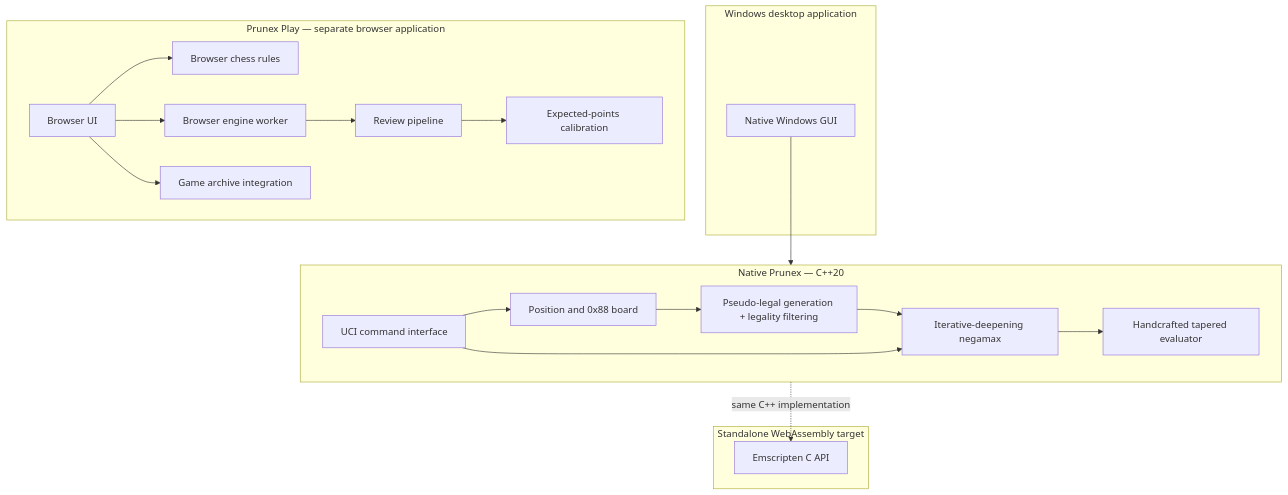
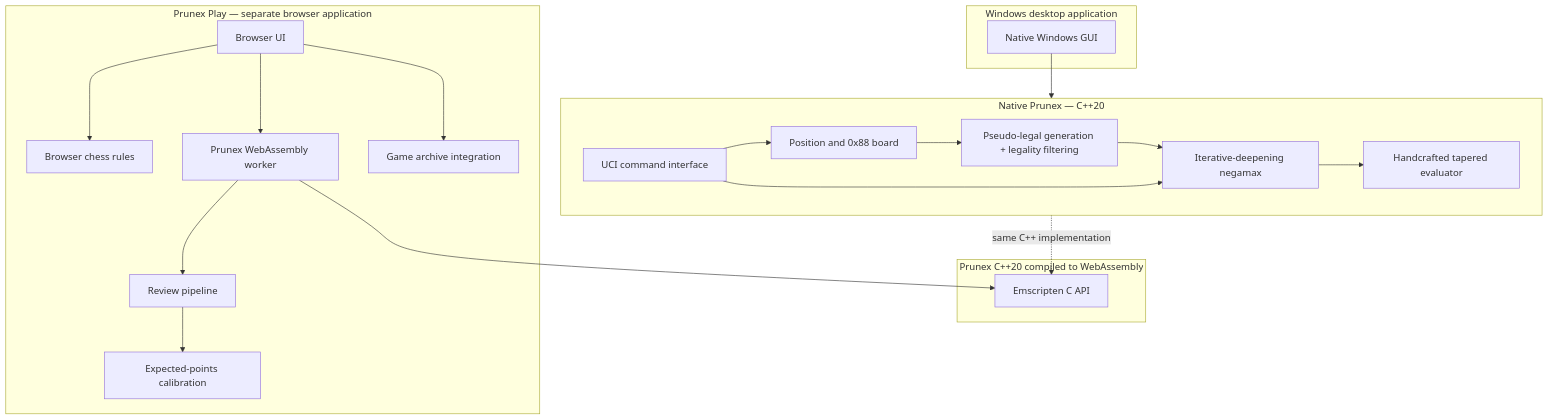
Before and after one commit to Mohamed-Mostafa-AE/Prunex: the first of 2 diagrams in docs/architecture.md, drawn with Mermaid. The commit also changed other lines of this file and 31 other files, not shown here.

First line of the commit message:
feat: use Prunex 0.8.0 WebAssembly in browser

````diff
--- a/docs/architecture.md
+++ b/docs/architecture.md
@@ -7,39 +7,40 @@
 ```mermaid
 flowchart TB
     subgraph Native["Native Prunex — C++20"]
         Position["Position and 0x88 board"]
         MoveGen["Pseudo-legal generation + legality filtering"]
         Search["Iterative-deepening negamax"]
         Eval["Handcrafted tapered evaluator"]
         UCI["UCI command interface"]
         Position --> MoveGen --> Search
         Search --> Eval
         UCI --> Position
         UCI --> Search
     end
 
     subgraph Desktop["Windows desktop application"]
         GUI["Native Windows GUI"]
     end
 
     GUI --> Native
 
-    subgraph Wasm["Standalone WebAssembly target"]
+    subgraph Wasm["Prunex C++20 compiled to WebAssembly"]
         API["Emscripten C API"]
     end
     Native -. "same C++ implementation" .-> API
 
     subgraph Browser["Prunex Play — separate browser application"]
         UI["Browser UI"]
         Rules["Browser chess rules"]
-        Worker["Browser engine worker"]
+        Worker["Prunex WebAssembly worker"]
         Review["Review pipeline"]
         Calibration["Expected-points calibration"]
         Archive["Game archive integration"]
         UI --> Rules
         UI --> Worker
+        Worker --> API
         Worker --> Review
         Review --> Calibration
         UI --> Archive
     end
 ```
````
